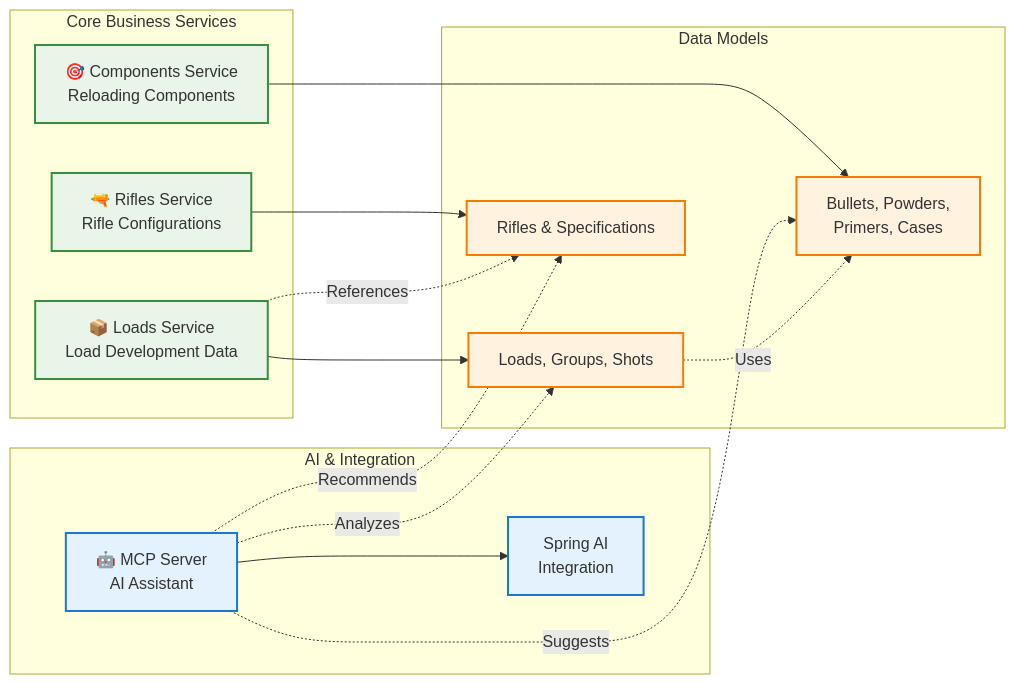
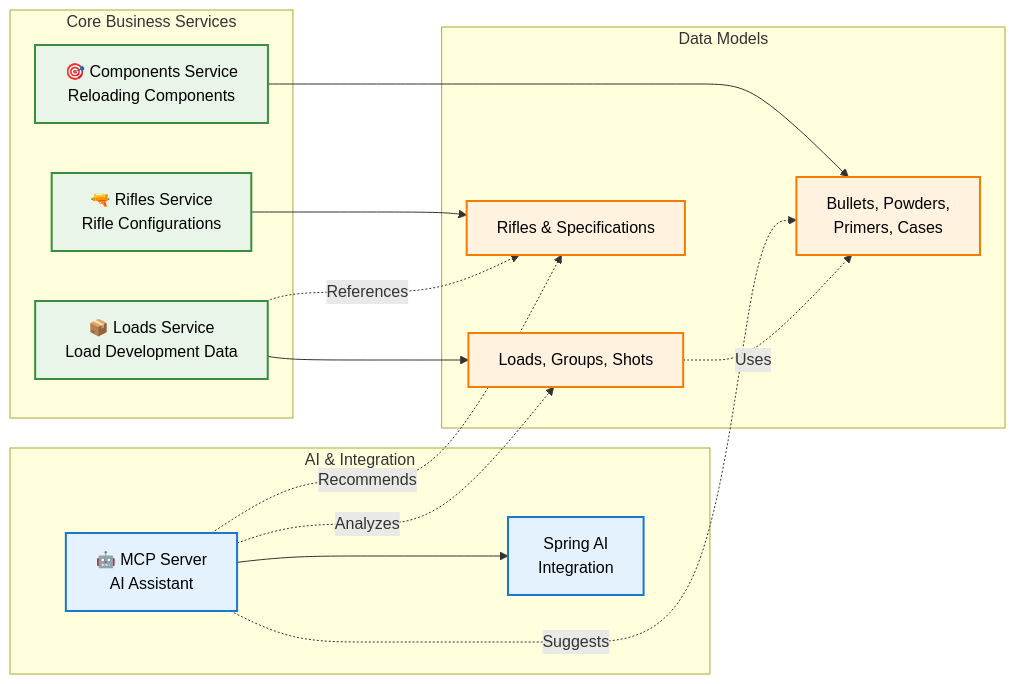
One commit to zhoozhoo/spring-load-development changed the second of 3 diagrams in README.adoc. Above: the diagram before and after it, drawn with Mermaid. The commit also changed other lines of this file, not shown here.

Commit message:
fix: Update class definitions in flowcharts for consistent text colour

```diff
--- a/README.adoc
+++ b/README.adoc
@@ -222,43 +222,43 @@
 [source,mermaid]
 ....
 flowchart LR
     subgraph "Core Business Services"
         LS[📦 Loads Service<br/>Load Development Data]
         RS[🔫 Rifles Service<br/>Rifle Configurations]
         CS[🎯 Components Service<br/>Reloading Components]
     end
 
     subgraph "AI & Integration"
         MCP[🤖 MCP Server<br/>AI Assistant]
         AI[Spring AI<br/>Integration]
     end
 
     subgraph "Data Models"
         LoadData[Loads, Groups, Shots]
         RifleData[Rifles & Specifications]
         ComponentData[Bullets, Powders,<br/>Primers, Cases]
     end
 
     %% Service to data relationships
     LS --> LoadData
     RS --> RifleData
     CS --> ComponentData
 
     %% AI integration
     MCP --> AI
     MCP -.->|Analyzes| LoadData
     MCP -.->|Recommends| RifleData
     MCP -.->|Suggests| ComponentData
 
     %% Cross-service relationships
     LS -.->|References| RifleData
     LoadData -.->|Uses| ComponentData
 
-    classDef serviceStyle fill:#e8f5e8,stroke:#388e3c,stroke-width:2px
-    classDef aiStyle fill:#e3f2fd,stroke:#1976d2,stroke-width:2px
-    classDef dataStyle fill:#fff3e0,stroke:#f57c00,stroke-width:2px
+    classDef serviceStyle fill:#e8f5e8,stroke:#388e3c,stroke-width:2px,color:#000000
+    classDef aiStyle fill:#e3f2fd,stroke:#1976d2,stroke-width:2px,color:#000000
+    classDef dataStyle fill:#fff3e0,stroke:#f57c00,stroke-width:2px,color:#000000
 
     class LS,RS,CS serviceStyle
     class MCP,AI aiStyle
     class LoadData,RifleData,ComponentData dataStyle
 ....
```
